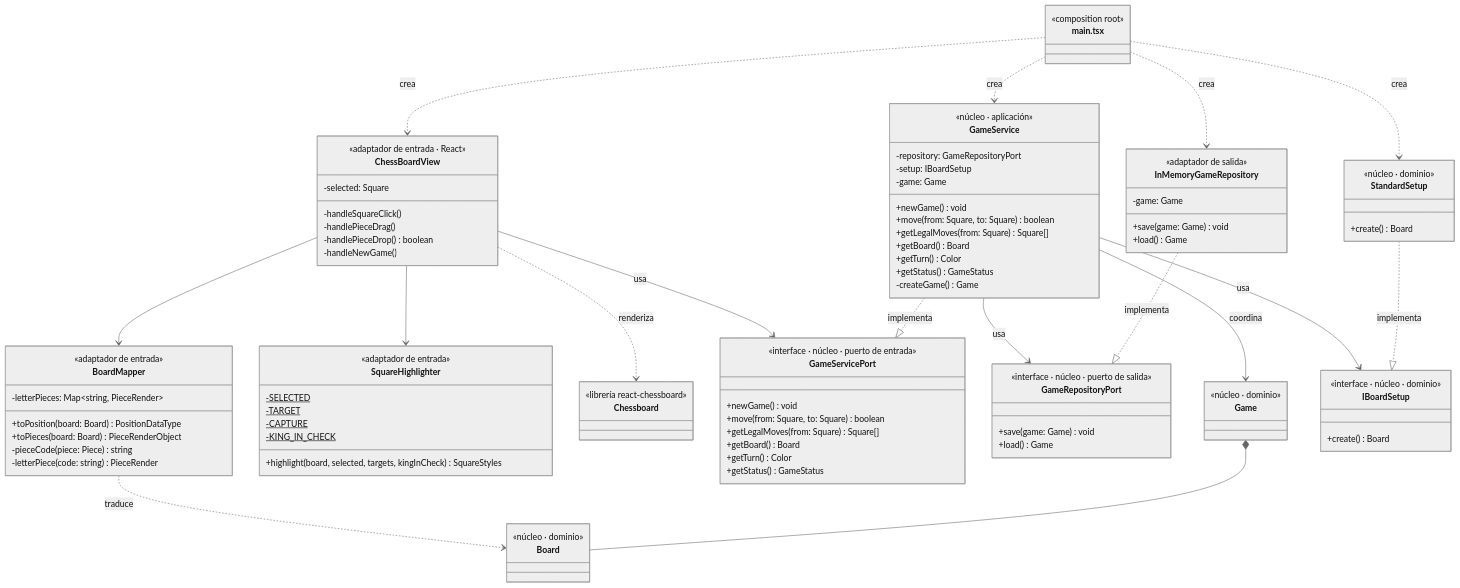
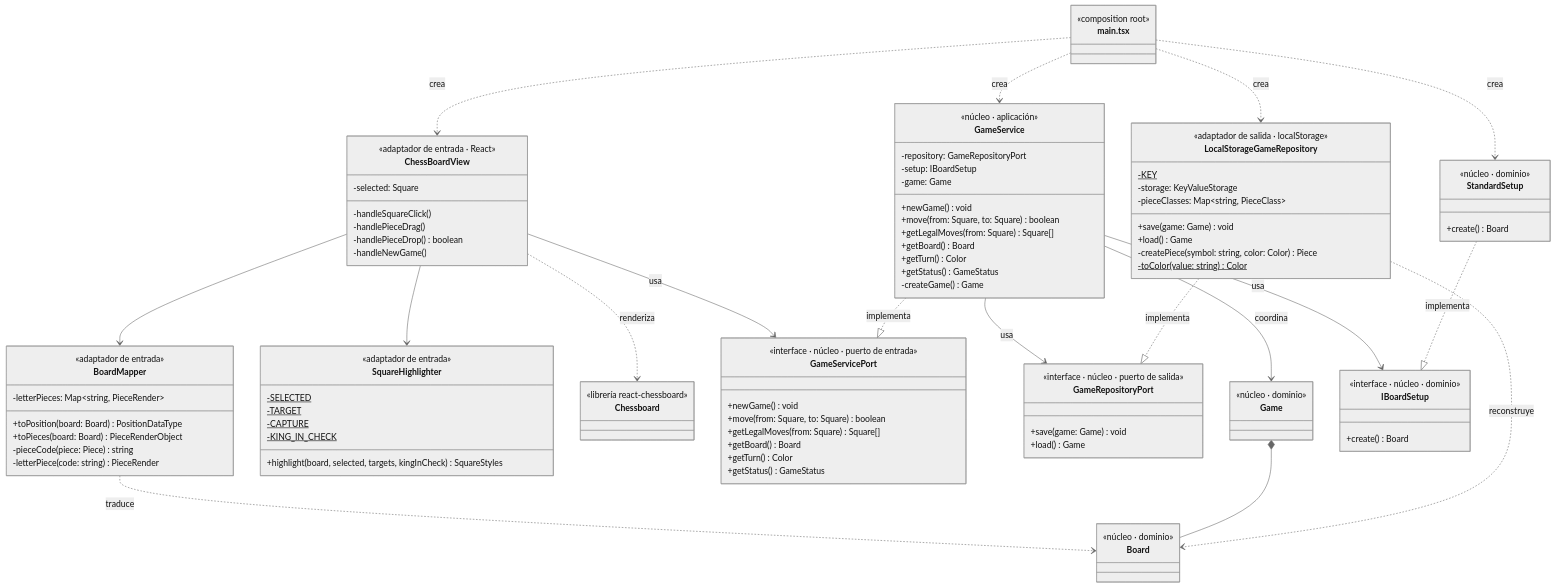
The second of 3 diagrams in docs/diagrama-clases.md (G-Mazzeo/ajedrez_tp_inge_software), drawn with Mermaid (neutral theme) before and after one commit. The commit also changed other lines of this file and 5 other files, not shown here.

First line of the commit message:
Guardar la partida en localStorage

````diff
--- a/docs/diagrama-clases.md
+++ b/docs/diagrama-clases.md
@@ -127,11 +127,15 @@
     +save(game: Game) void
     +load() Game
   }
-  class InMemoryGameRepository {
-    <<adaptador de salida>>
-    -game: Game
+  class LocalStorageGameRepository {
+    <<adaptador de salida · localStorage>>
+    -KEY$
+    -storage: KeyValueStorage
+    -pieceClasses: Map~string, PieceClass~
     +save(game: Game) void
     +load() Game
+    -createPiece(symbol: string, color: Color) Piece
+    -toColor(value: string)$ Color
   }
 
   class Game {
@@ -166,10 +170,11 @@
   Game *-- Board
   StandardSetup ..|> IBoardSetup : implementa
 
-  InMemoryGameRepository ..|> GameRepositoryPort : implementa
+  LocalStorageGameRepository ..|> GameRepositoryPort : implementa
+  LocalStorageGameRepository ..> Board : reconstruye
 
   main ..> ChessBoardView : crea
   main ..> GameService : crea
-  main ..> InMemoryGameRepository : crea
+  main ..> LocalStorageGameRepository : crea
   main ..> StandardSetup : crea
 ```
````
